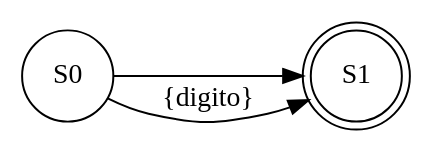
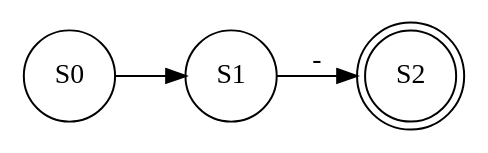
One commit to GAQF202/OLC1-PROYECTO1-201904157 changed the diagram in AFD_201904157/hola.dot. Above: the diagram before and after it, drawn with Graphviz. The commit also changed 45 other files, not shown here.

```diff
--- a/AFD_201904157/hola.dot
+++ b/AFD_201904157/hola.dot
@@ -1,7 +1,7 @@
 digraph finite_state_machine {
 rankdir=LR;
 size="8,5"
-node [shape = doublecircle];S1;
+node [shape = doublecircle];S2;
 node [shape = circle];S0->S1[label="\n"];
-S0->S1[label="\{digito\}"];
+S1->S2[label="-"];
 }
```
